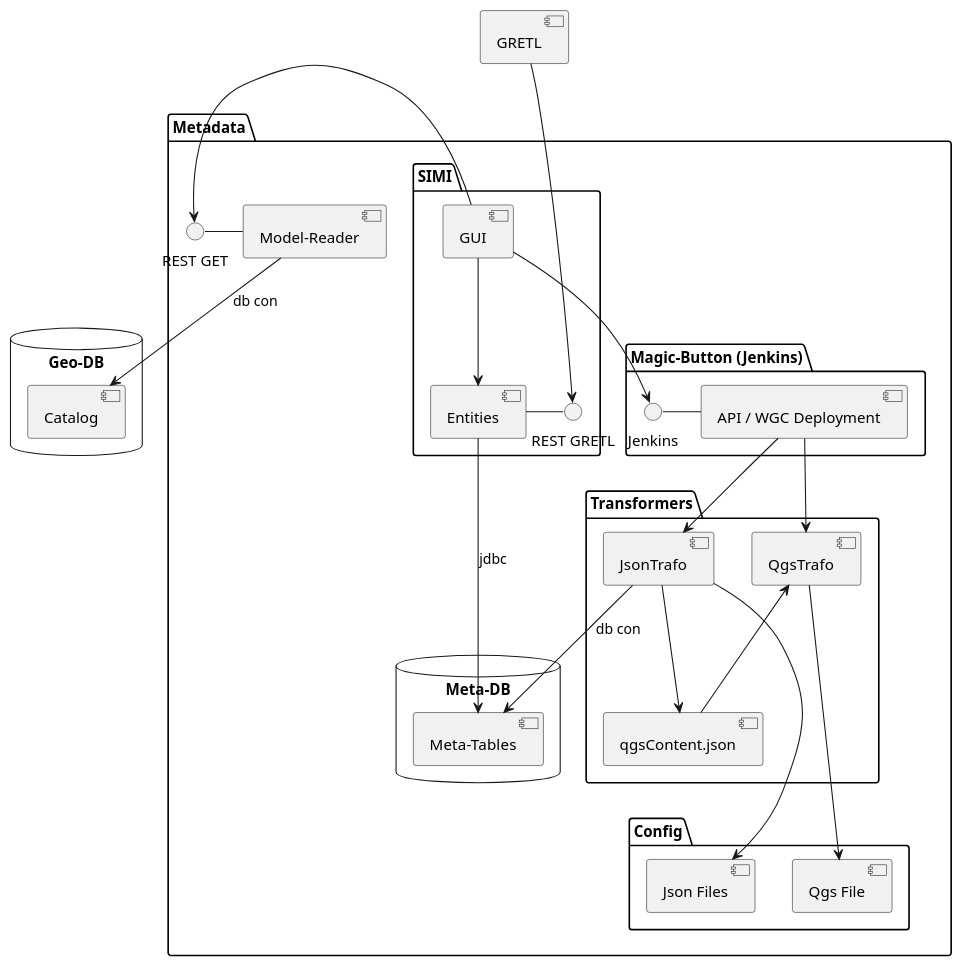
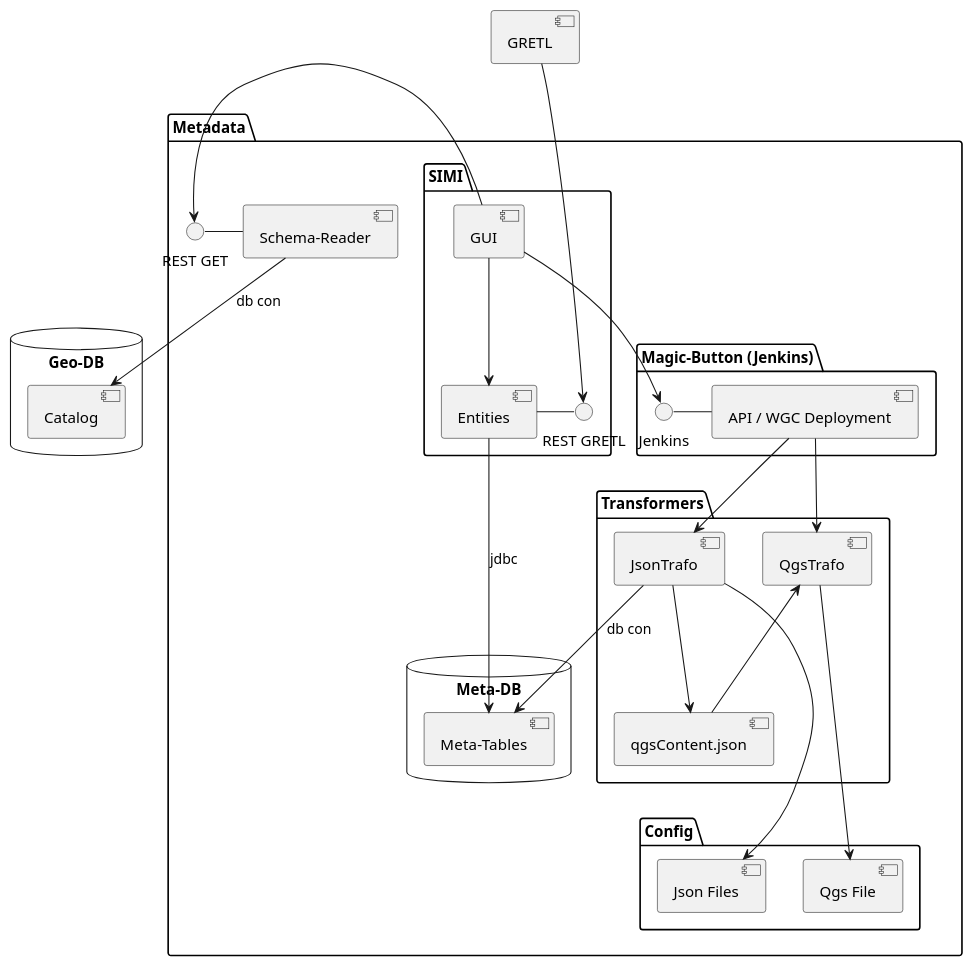
Before and after one commit to sogis/simi: the diagram in mp/puml/src/components.puml, drawn with PlantUML. The commit also changed 1 other file, not shown here.

Commit message:
rename modelreader -> schemareader

```diff
--- a/mp/puml/src/components.puml
+++ b/mp/puml/src/components.puml
@@ -1,64 +1,64 @@
 @startuml
 package "Metadata" {
     package "Transformers" {
         [JsonTrafo] as jt
         [QgsTrafo] as qt
         [qgsContent.json] as qj
 
         jt --> qj
         qj -up-> qt
     }
 
     package "Config" {
         [Json Files] as json
         [Qgs File] as qgs
     }
 
     package "SIMI" {
         [GUI] as gui
         [Entities] as class
         () "REST GRETL" as gi
 
         gui --> class
         gi - class
     }
 
     package "Magic-Button (Jenkins)" {
       [API / WGC Deployment] as pipe
       () "Jenkins" as pi
       pi - pipe
     }
 
     database "Meta-DB" {
         [Meta-Tables] as mdb
     }
 
     together {
-      [Model-Reader] as mr
-      () "REST GET" as mri
-      mr - mri
+      [Schema-Reader] as sr
+      () "REST GET" as sri
+      sr - sri
     }
-    gui -left-> mri
+    gui -left-> sri
 
     class --> mdb : jdbc
     jt --> mdb : db con
 
     jt --> json
     qt --> qgs
 }
 
 database "Geo-DB" {
     [Catalog] as cat
 }
-mr --> cat : db con
+sr --> cat : db con
 
 gui --> pi
 pipe --> jt
 pipe --> qt
 
 [GRETL] as gretl
 gretl --> gi
 
 gretl -[hidden]-> gui
 qj -[hidden]-> json
 @enduml
```
